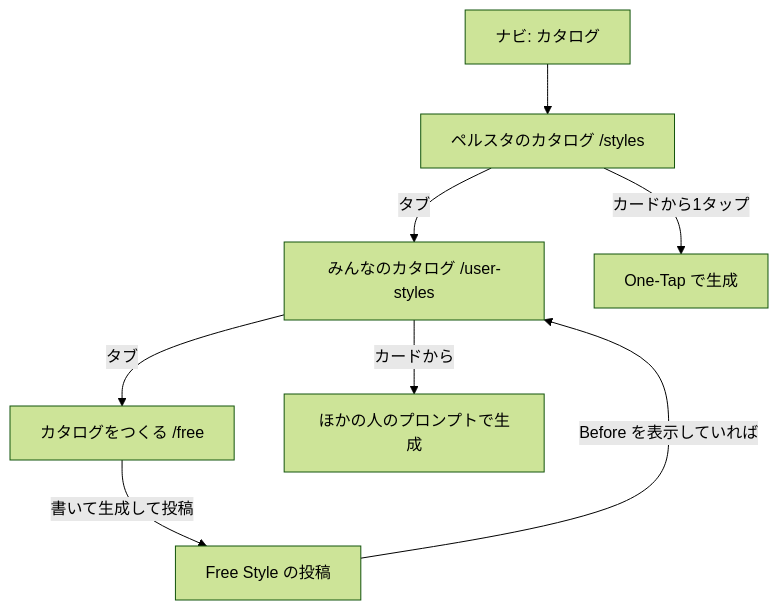
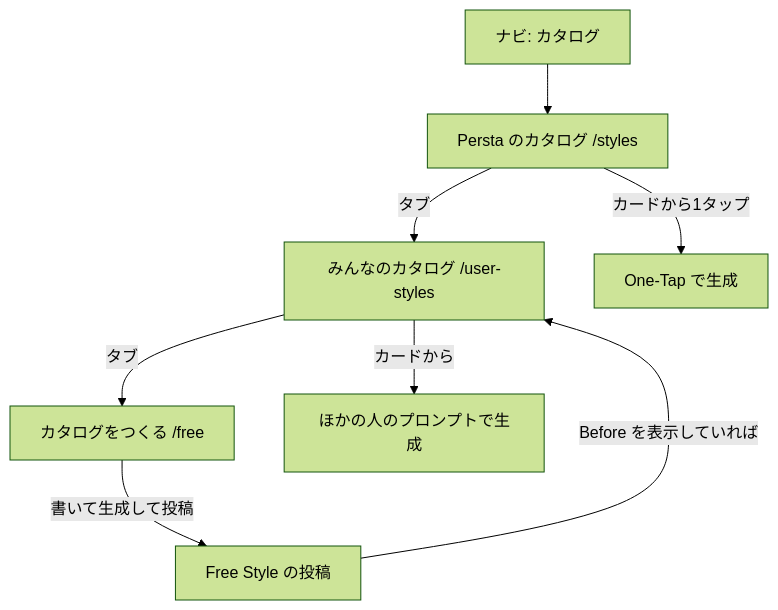
Before and after one commit to 3balljugglerYu/ai_coordinate: the first of 3 diagrams in docs/planning/catalog-three-tabs-implementation-plan.md, drawn with Mermaid (forest theme). The commit also changed other lines of this file and 20 other files, not shown here.

First line of the commit message:
feat: rename catalog title to "Persta のカタログ"

````diff
--- a/docs/planning/catalog-three-tabs-implementation-plan.md
+++ b/docs/planning/catalog-three-tabs-implementation-plan.md
@@ -113,10 +113,10 @@
 ```mermaid
 flowchart TD
-    Nav["ナビ: カタログ"] --> Persta["ペルスタのカタログ /styles"]
+    Nav["ナビ: カタログ"] --> Persta["Persta のカタログ /styles"]
     Persta -->|"タブ"| Users["みんなのカタログ /user-styles"]
     Users -->|"タブ"| Create["カタログをつくる /free"]
     Persta -->|"カードから1タップ"| Gen1["One-Tap で生成"]
     Users -->|"カードから"| Gen2["ほかの人のプロンプトで生成"]
     Create -->|"書いて生成して投稿"| Post["Free Style の投稿"]
     Post -->|"Before を表示していれば"| Users
 ```
````
